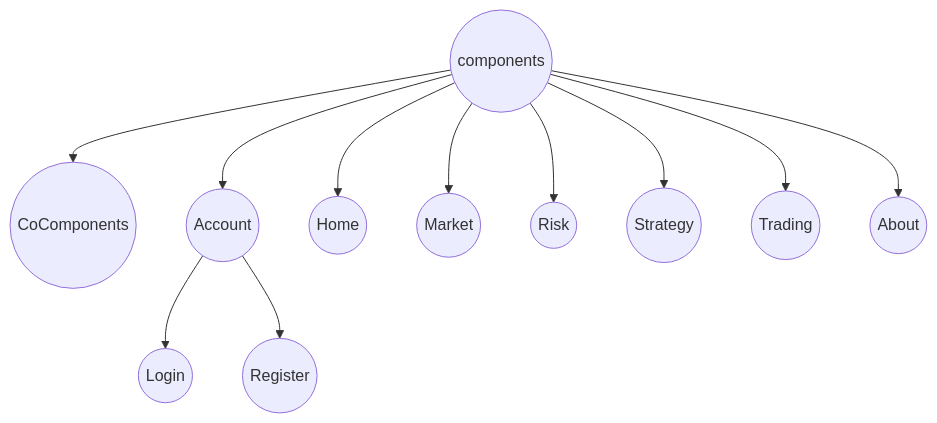
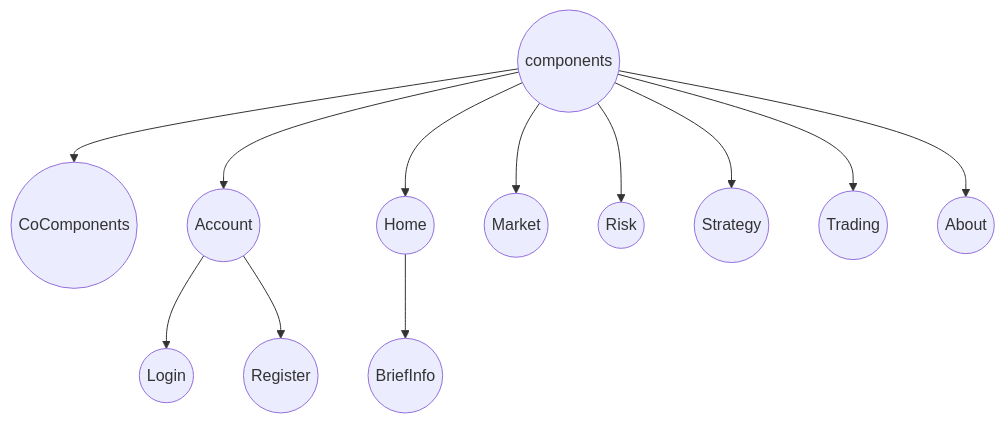
The diagram in README.md (Naturalifica/CitiCup-frontend), drawn with Mermaid before and after one commit. The commit also changed other lines of this file and 2 other files, not shown here.

````diff
--- a/README.md
+++ b/README.md
@@ -53,13 +53,14 @@
 ```mermaid
 graph TD
 a((components))-->c((CoComponents))
 a-->b((Account))
 b-->j((Login))
 b-->k((Register))
 a-->d((Home))
+d-->l((BriefInfo))
 a-->e((Market))
 a-->f((Risk))
 a-->g((Strategy))
 a-->h((Trading))
 a-->i((About))
 ```
````
